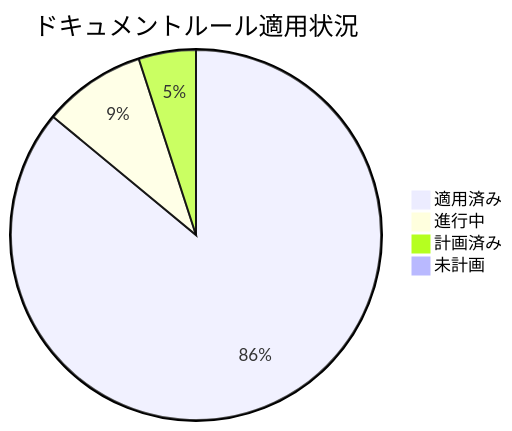
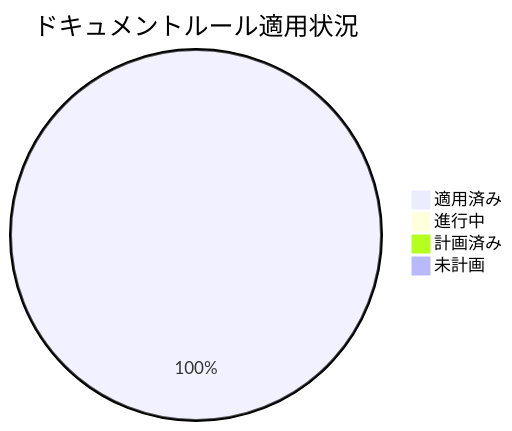
Before and after one commit to ToyB0x/git-resume: the first of 2 diagrams in docs/PLAN_AND_PROGRESS.md, drawn with Mermaid. The commit also changed other lines of this file and 15 other files, not shown here.

````diff
--- a/docs/PLAN_AND_PROGRESS.md
+++ b/docs/PLAN_AND_PROGRESS.md
@@ -109,7 +128,7 @@
 ```mermaid
 pie title ドキュメントルール適用状況
-    "適用済み" : 86
-    "進行中" : 9
-    "計画済み" : 5
+    "適用済み" : 100
+    "進行中" : 0
+    "計画済み" : 0
     "未計画" : 0
 ```
````
